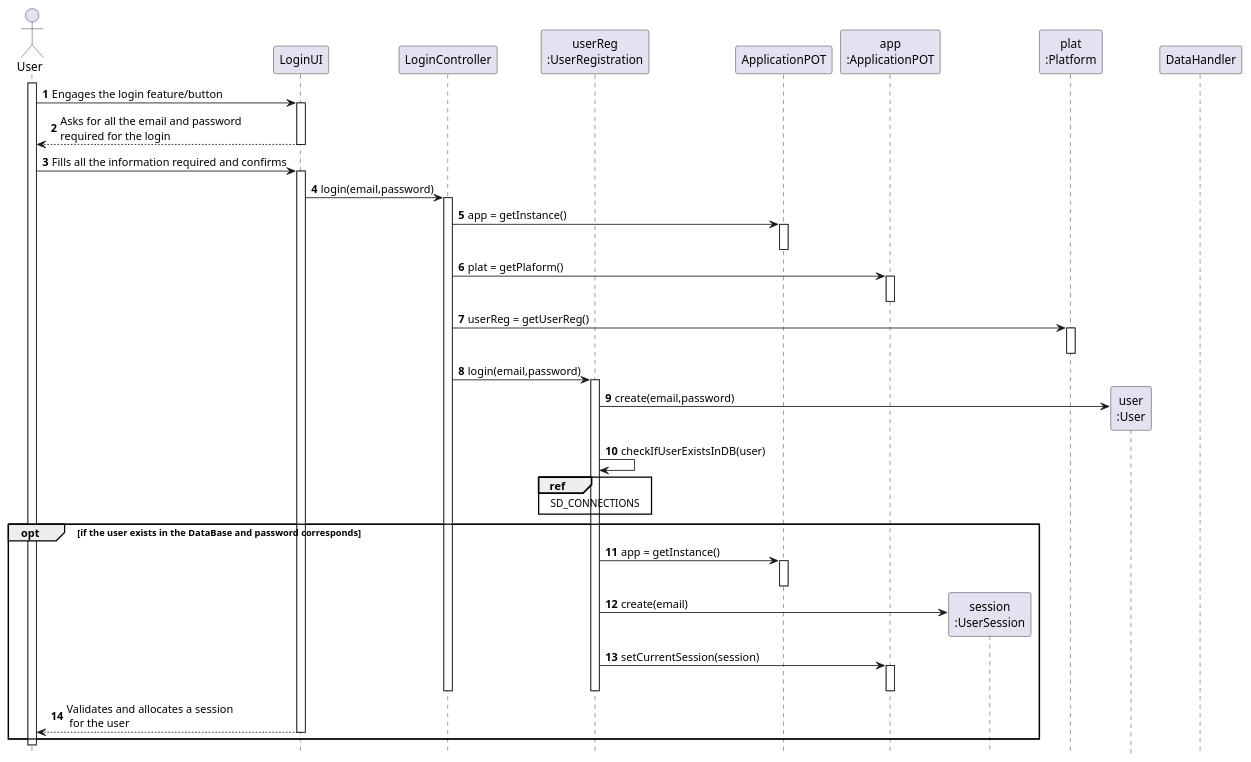
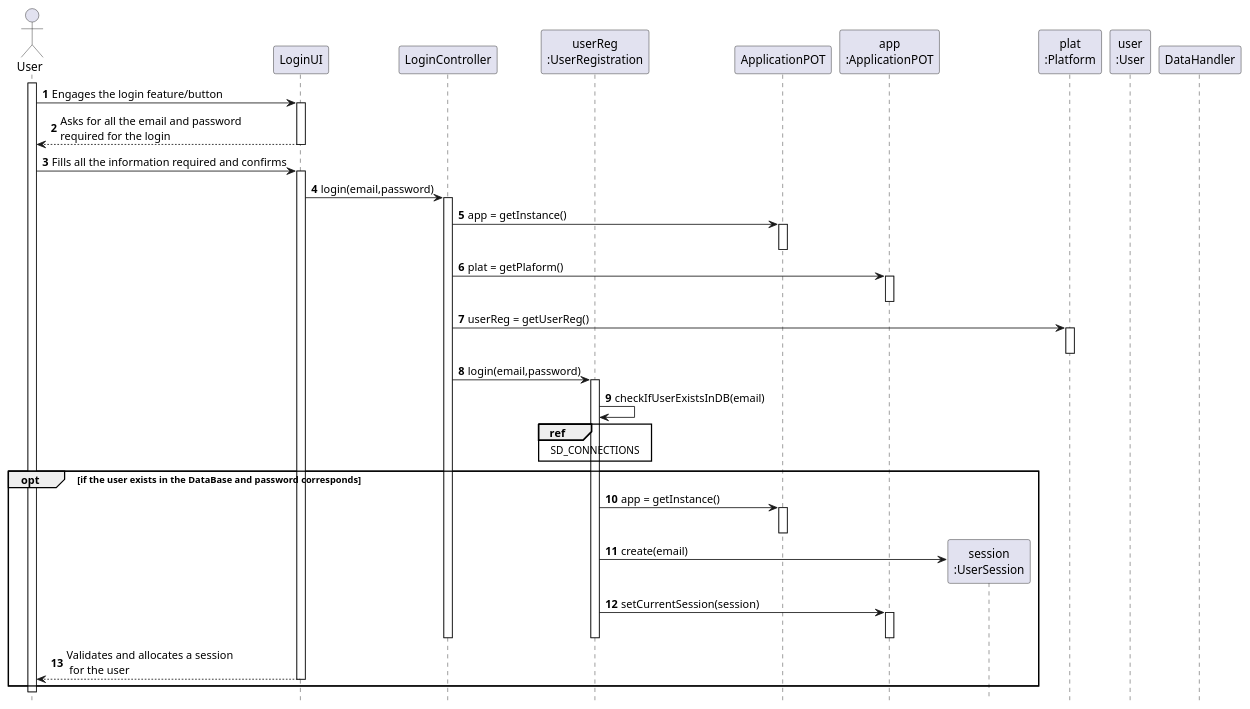
Before and after one commit to tiagoavcosta25/LAPR3: the diagram in docs/Iteration 1/User Management/US67_Login/US67_SD.puml, drawn with PlantUML. The commit also changed 11 other files, not shown here.

```diff
--- a/docs/Iteration 1/User Management/US67_Login/US67_SD.puml
+++ b/docs/Iteration 1/User Management/US67_Login/US67_SD.puml
@@ -1,83 +1,82 @@
 @startuml
 autonumber
 hide footbox
 
 actor "User" as U
 
 participant "LoginUI" as UI
 participant "LoginController" as CTRL
 
 
 participant "userReg\n:UserRegistration" as UREG
 participant "ApplicationPOT" as _APP
 participant "app\n:ApplicationPOT" as APP
 participant "session\n:UserSession" as SES
 participant "plat\n:Platform" as PLAT
 participant "user\n:User" as USER
 
 
 participant "DataHandler" as DH
 
 activate U
 
 U -> UI : Engages the login feature/button
 activate UI
 UI --> U : Asks for all the email and password\nrequired for the login
 deactivate UI
 
 U -> UI : Fills all the information required and confirms
 activate UI
 
 UI -> CTRL : login(email,password)
 activate CTRL
 
 CTRL -> _APP: app = getInstance()
 activate _APP
 deactivate _APP
 
 CTRL -> APP: plat = getPlaform()
 activate APP
 deactivate APP
 
 CTRL -> PLAT : userReg = getUserReg()
 activate PLAT
 deactivate PLAT
 
 CTRL -> UREG : login(email,password)
 activate UREG
 
-UREG -> USER** : create(email,password)
 
-UREG -> UREG : checkIfUserExistsInDB(user)
+UREG -> UREG : checkIfUserExistsInDB(email)
 ref over UREG
 SD_CONNECTIONS
 end ref
 
 opt if the user exists in the DataBase and password corresponds
 
 UREG -> _APP: app = getInstance()
 activate _APP
 deactivate _APP
 
 
 
 UREG -> SES** : create(email)
 
 UREG -> APP : setCurrentSession(session)
 
 
 activate APP
 deactivate APP
 
 deactivate UREG
 
 
 deactivate CTRL
 
 UI --> U : Validates and allocates a session\n for the user
 deactivate UI
 end opt
 deactivate U
 
 
 @enduml
```
